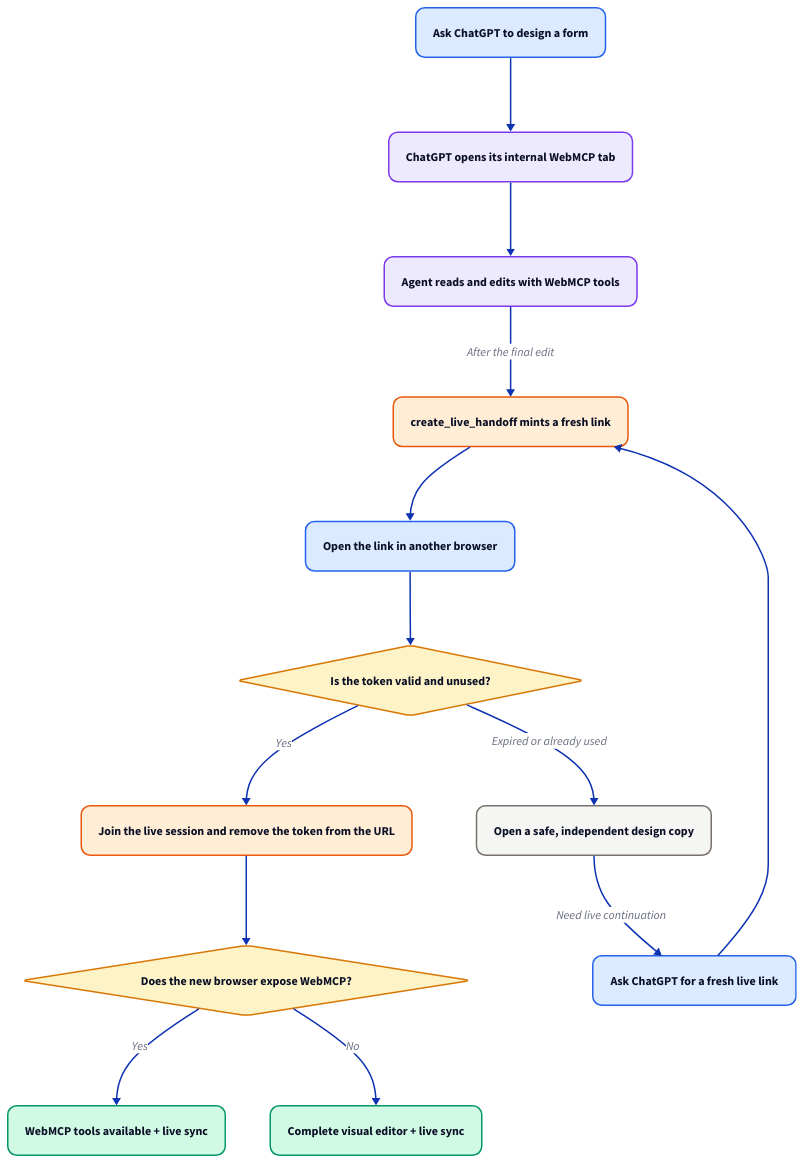
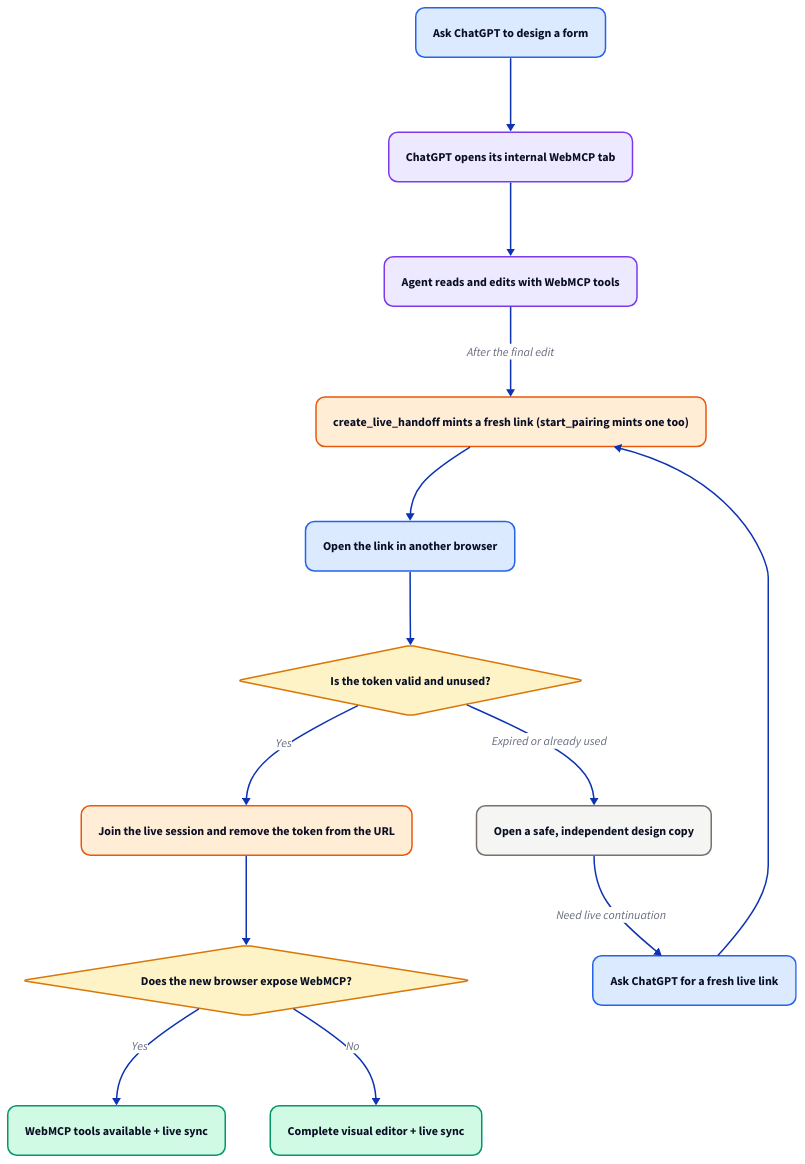
The diagram in docs/diagrams/chatgpt-first.d2 (lucaguglielmi/Unfolded-Web-MCP), drawn with D2 before and after one commit. The commit also changed 5 other files, not shown here.

First line of the commit message:
Re-render the diagrams from source: the clipboard join and both link minters

```diff
--- a/docs/diagrams/chatgpt-first.d2
+++ b/docs/diagrams/chatgpt-first.d2
@@ -1,55 +1,55 @@
 direction: down
 
 ask: Ask ChatGPT to design a form
 internal: ChatGPT opens its internal WebMCP tab
 tools: Agent reads and edits with WebMCP tools
-handoff: create_live_handoff mints a fresh link
+handoff: create_live_handoff mints a fresh link (start_pairing mints one too)
 open: Open the link in another browser
 valid: Is the token valid and unused? {
   shape: diamond
 }
 claim: Join the live session and remove the token from the URL
 support: Does the new browser expose WebMCP? {
   shape: diamond
 }
 both: WebMCP tools available + live sync
 sync: Complete visual editor + live sync
 copy: Open a safe, independent design copy
 fresh: Ask ChatGPT for a fresh live link
 
 ask -> internal -> tools
 tools -> handoff: After the final edit
 handoff -> open -> valid
 valid -> claim: Yes
 claim -> support
 support -> both: Yes
 support -> sync: No
 valid -> copy: Expired or already used
 copy -> fresh: Need live continuation
 fresh -> handoff
 
 *.style.border-radius: 12
 ask.style.fill: "#dbeafe"
 ask.style.stroke: "#2563eb"
 internal.style.fill: "#ede9fe"
 internal.style.stroke: "#7c3aed"
 tools.style.fill: "#ede9fe"
 tools.style.stroke: "#7c3aed"
 handoff.style.fill: "#ffedd5"
 handoff.style.stroke: "#ea580c"
 open.style.fill: "#dbeafe"
 open.style.stroke: "#2563eb"
 valid.style.fill: "#fef3c7"
 valid.style.stroke: "#d97706"
 claim.style.fill: "#ffedd5"
 claim.style.stroke: "#ea580c"
 support.style.fill: "#fef3c7"
 support.style.stroke: "#d97706"
 both.style.fill: "#d1fae5"
 both.style.stroke: "#059669"
 sync.style.fill: "#d1fae5"
 sync.style.stroke: "#059669"
 copy.style.fill: "#f5f5f4"
 copy.style.stroke: "#78716c"
 fresh.style.fill: "#dbeafe"
 fresh.style.stroke: "#2563eb"
```
